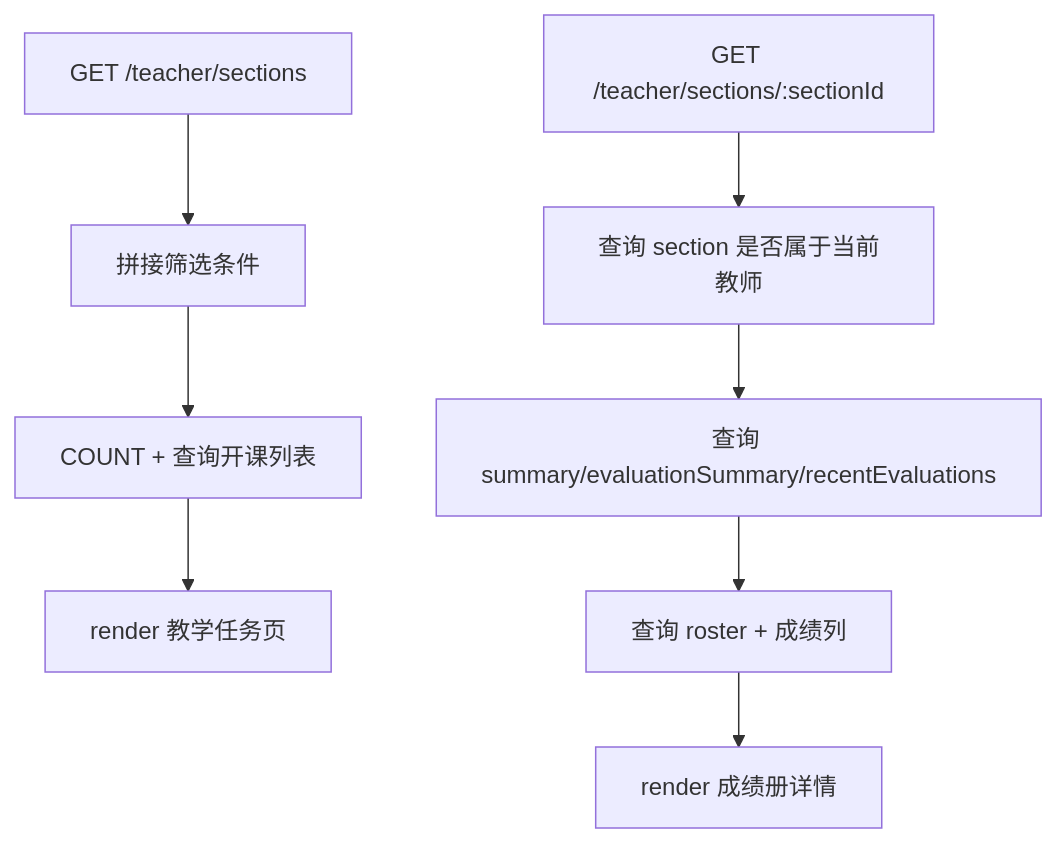
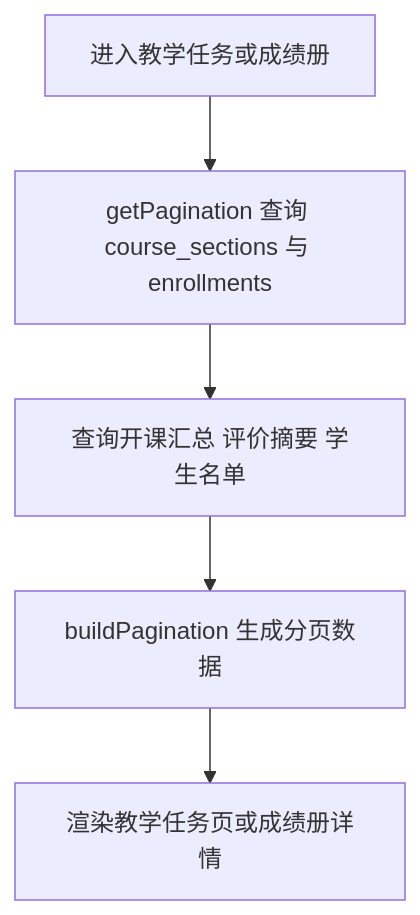
One commit to llkww/jiaoxue changed diagram 12 of 29 in docs/系统设计说明.md. Above: the diagram before and after it, drawn with Mermaid. The commit also changed other lines of this file and 1 other file, not shown here.

````diff
--- a/docs/系统设计说明.md
+++ b/docs/系统设计说明.md
@@ -739,11 +721,7 @@
 ```mermaid
 flowchart TD
-  A[GET /teacher/sections] --> B[拼接筛选条件]
-  B --> C[COUNT + 查询开课列表]
-  C --> D[render 教学任务页]
-
-  E[GET /teacher/sections/:sectionId] --> F[查询 section 是否属于当前教师]
-  F --> G[查询 summary/evaluationSummary/recentEvaluations]
-  G --> H[查询 roster + 成绩列]
-  H --> I[render 成绩册详情]
+  A[进入教学任务或成绩册] --> B[getPagination 查询 course_sections 与 enrollments]
+  B --> C[查询开课汇总 评价摘要 学生名单]
+  C --> D[buildPagination 生成分页数据]
+  D --> E[渲染教学任务页或成绩册详情]
 ```
````
